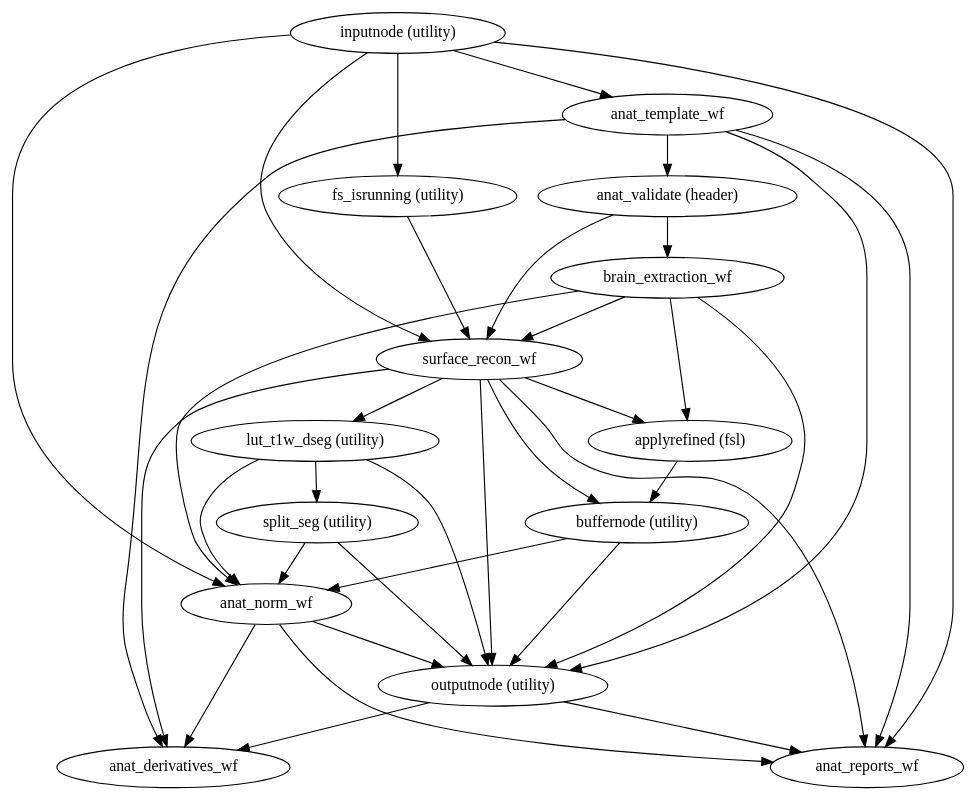
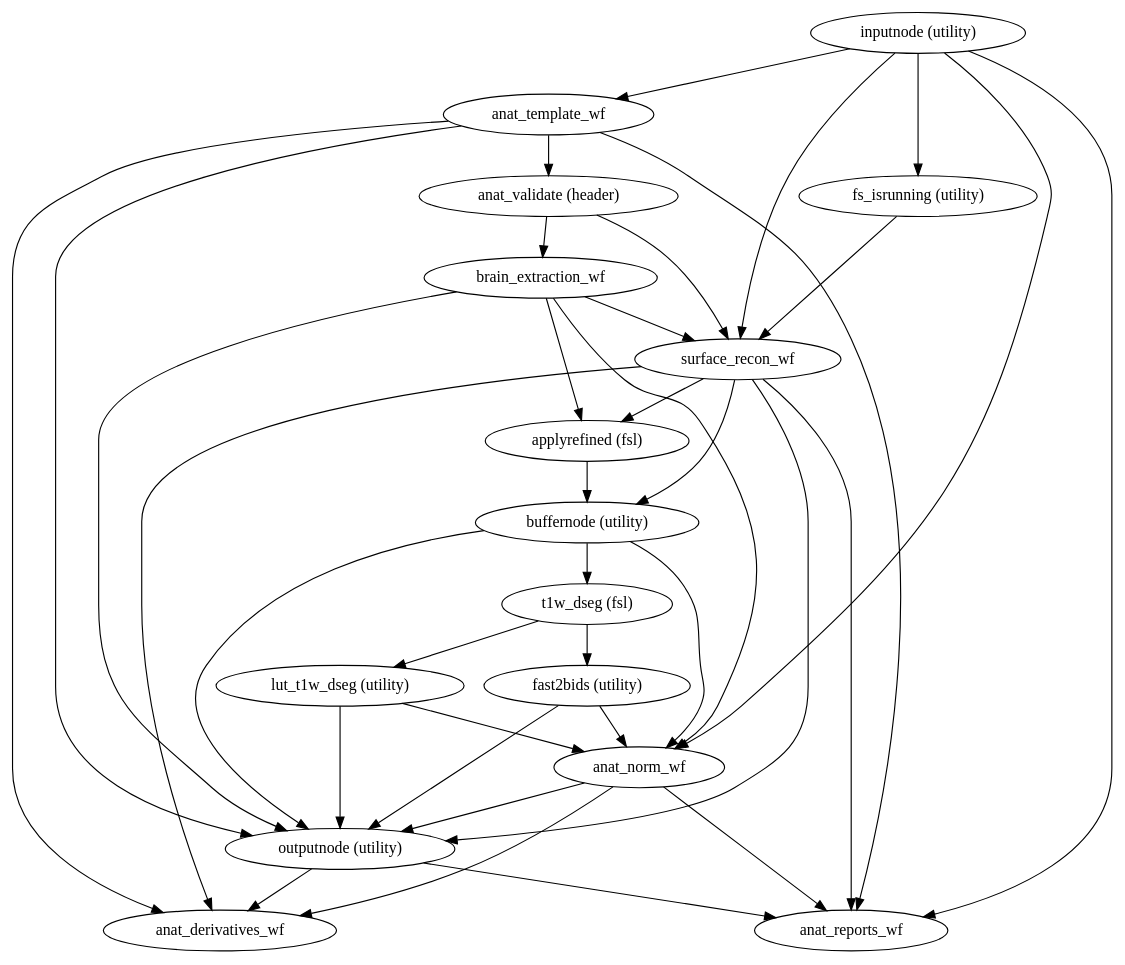
One commit to pcamach2/smriprep changed the diagram in 0.6.0rc1/wf_directive/api/anat_preproc_wf/smriprep-workflows-anatomical-1.dot. Above: the diagram before and after it, drawn with Graphviz. The commit also changed 2171 other files, not shown here.

```diff
--- a/0.6.0rc1/wf_directive/api/anat_preproc_wf/smriprep-workflows-anatomical-1.dot
+++ b/0.6.0rc1/wf_directive/api/anat_preproc_wf/smriprep-workflows-anatomical-1.dot
@@ -1,51 +1,53 @@
 strict digraph  {
 "outputnode (utility)";
 anat_reports_wf;
 anat_derivatives_wf;
 "inputnode (utility)";
 anat_template_wf;
 anat_norm_wf;
 "fs_isrunning (utility)";
 surface_recon_wf;
 "anat_validate (header)";
 brain_extraction_wf;
 "applyrefined (fsl)";
 "buffernode (utility)";
+"t1w_dseg (fsl)";
 "lut_t1w_dseg (utility)";
-"split_seg (utility)";
+"fast2bids (utility)";
 "outputnode (utility)" -> anat_reports_wf;
 "outputnode (utility)" -> anat_derivatives_wf;
 "inputnode (utility)" -> anat_template_wf;
 "inputnode (utility)" -> anat_norm_wf;
 "inputnode (utility)" -> anat_reports_wf;
 "inputnode (utility)" -> "fs_isrunning (utility)";
 "inputnode (utility)" -> surface_recon_wf;
 anat_template_wf -> "anat_validate (header)";
 anat_template_wf -> "outputnode (utility)";
 anat_template_wf -> anat_reports_wf;
 anat_template_wf -> anat_derivatives_wf;
 anat_norm_wf -> "outputnode (utility)";
 anat_norm_wf -> anat_reports_wf;
 anat_norm_wf -> anat_derivatives_wf;
 "fs_isrunning (utility)" -> surface_recon_wf;
 surface_recon_wf -> "applyrefined (fsl)";
-surface_recon_wf -> "lut_t1w_dseg (utility)";
 surface_recon_wf -> "outputnode (utility)";
 surface_recon_wf -> "buffernode (utility)";
 surface_recon_wf -> anat_reports_wf;
 surface_recon_wf -> anat_derivatives_wf;
 "anat_validate (header)" -> brain_extraction_wf;
 "anat_validate (header)" -> surface_recon_wf;
 brain_extraction_wf -> "outputnode (utility)";
 brain_extraction_wf -> anat_norm_wf;
 brain_extraction_wf -> surface_recon_wf;
 brain_extraction_wf -> "applyrefined (fsl)";
 "applyrefined (fsl)" -> "buffernode (utility)";
 "buffernode (utility)" -> "outputnode (utility)";
 "buffernode (utility)" -> anat_norm_wf;
+"buffernode (utility)" -> "t1w_dseg (fsl)";
+"t1w_dseg (fsl)" -> "lut_t1w_dseg (utility)";
+"t1w_dseg (fsl)" -> "fast2bids (utility)";
 "lut_t1w_dseg (utility)" -> anat_norm_wf;
 "lut_t1w_dseg (utility)" -> "outputnode (utility)";
-"lut_t1w_dseg (utility)" -> "split_seg (utility)";
-"split_seg (utility)" -> anat_norm_wf;
-"split_seg (utility)" -> "outputnode (utility)";
+"fast2bids (utility)" -> anat_norm_wf;
+"fast2bids (utility)" -> "outputnode (utility)";
 }
```
